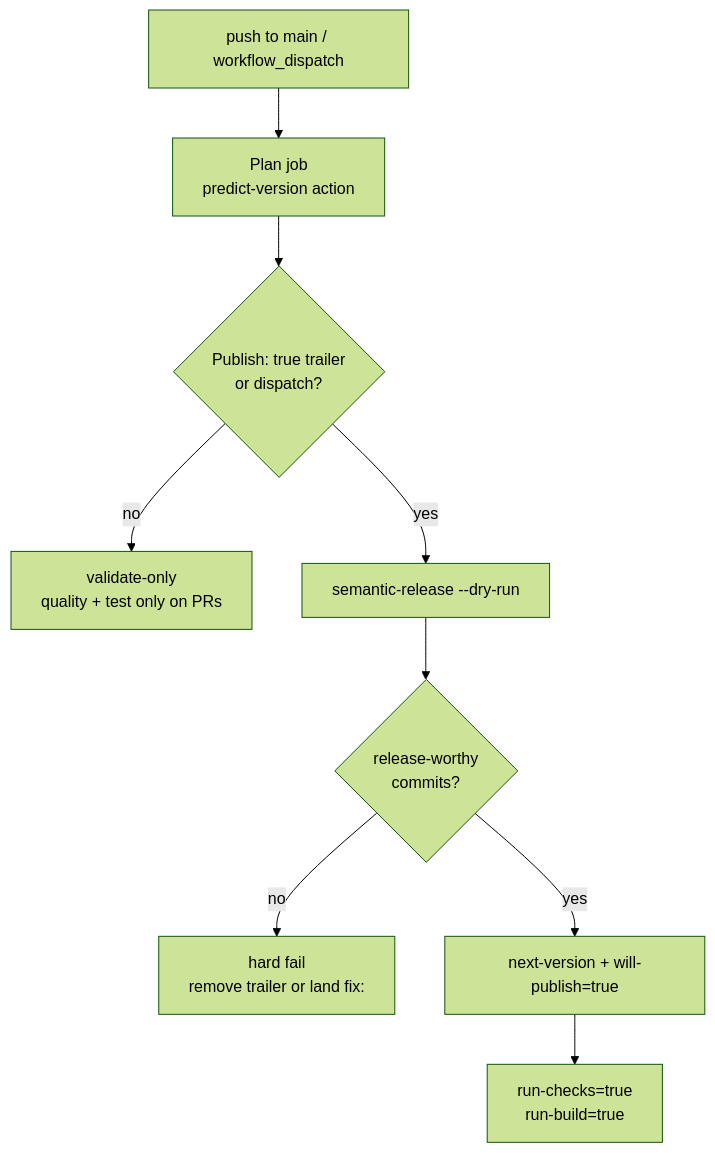
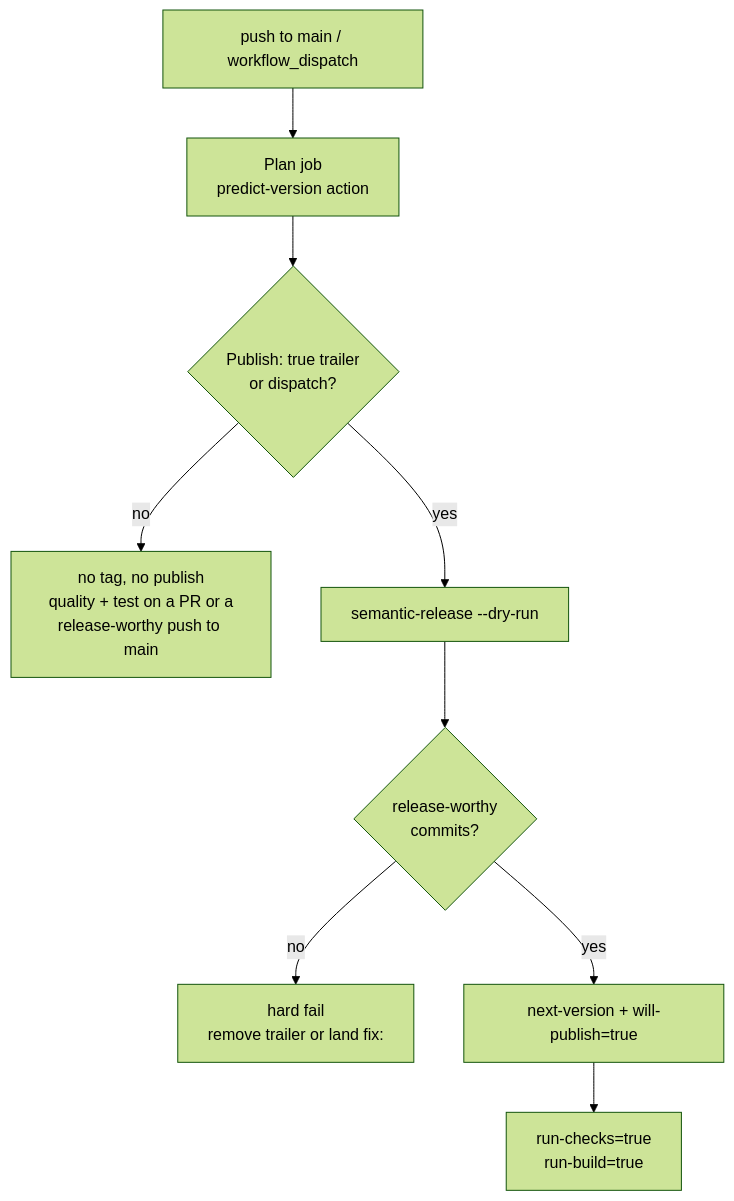
The first of 7 diagrams in docs/flow.md (hyperi-io/hyperi-ci), drawn with Mermaid (forest theme) before and after one commit. The commit also changed other lines of this file and 9 other files, not shown here.

First line of the commit message:
docs: describe what a push to main actually does

````diff
--- a/docs/flow.md
+++ b/docs/flow.md
@@ -10,11 +10,11 @@
 ```mermaid
 flowchart TD
     A[push to main / workflow_dispatch] --> B[Plan job<br/>predict-version action]
     B --> C{Publish: true trailer<br/>or dispatch?}
-    C -->|no| V[validate-only<br/>quality + test only on PRs]
+    C -->|no| V[no tag, no publish<br/>quality + test on a PR or a<br/>release-worthy push to main]
     C -->|yes| D[semantic-release --dry-run]
     D --> E{release-worthy<br/>commits?}
     E -->|no| F[hard fail<br/>remove trailer or land fix:]
     E -->|yes| G[next-version + will-publish=true]
     G --> H[run-checks=true<br/>run-build=true]
 ```
````
